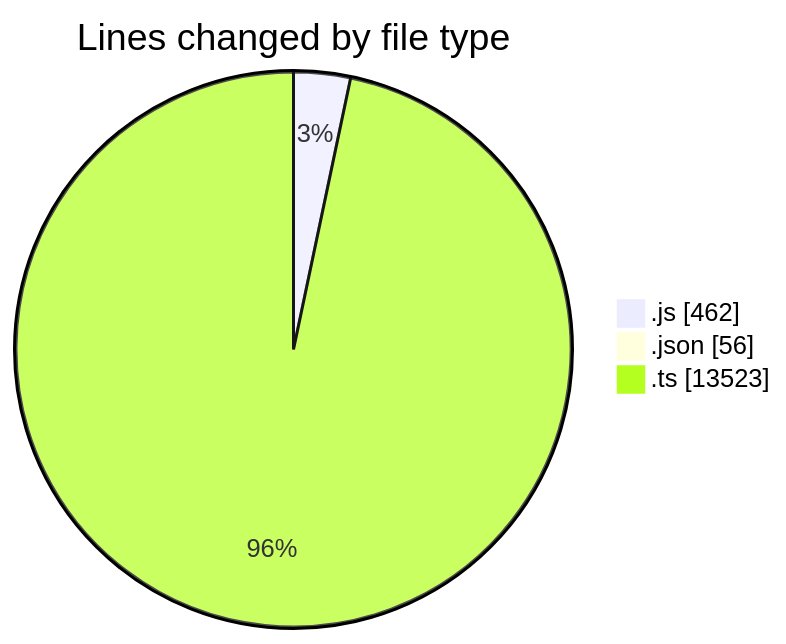
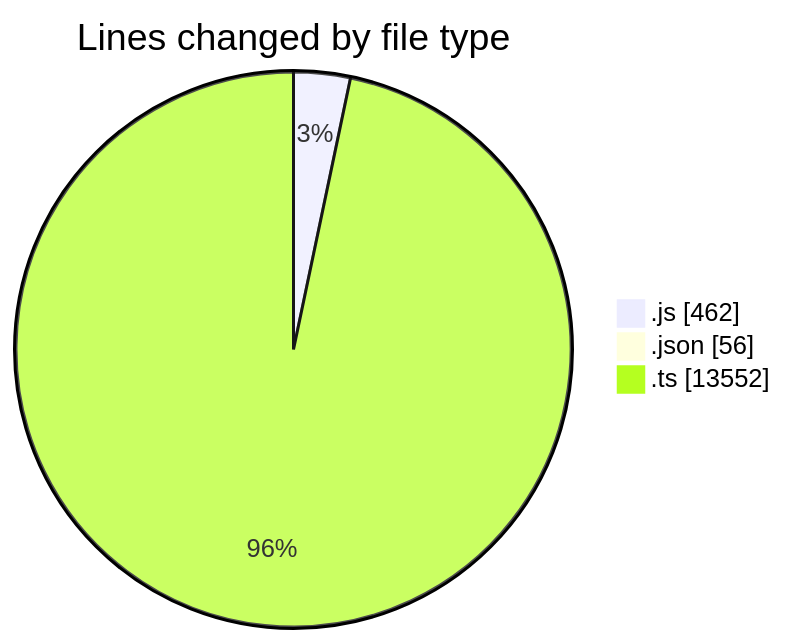
The first of 2 diagrams in 2025-09-04/cda/README.md (momahboobian/code-tracking), drawn with Mermaid before and after one commit. The commit also changed other lines of this file and 1 other file, not shown here.

````diff
--- a/2025-09-04/cda/README.md
+++ b/2025-09-04/cda/README.md
@@ -32,7 +32,7 @@
 ```mermaid
 pie showData
 title Lines changed by file type
 ".js" : 462
 ".json" : 56
-".ts" : 13523
+".ts" : 13552
 ```
````
